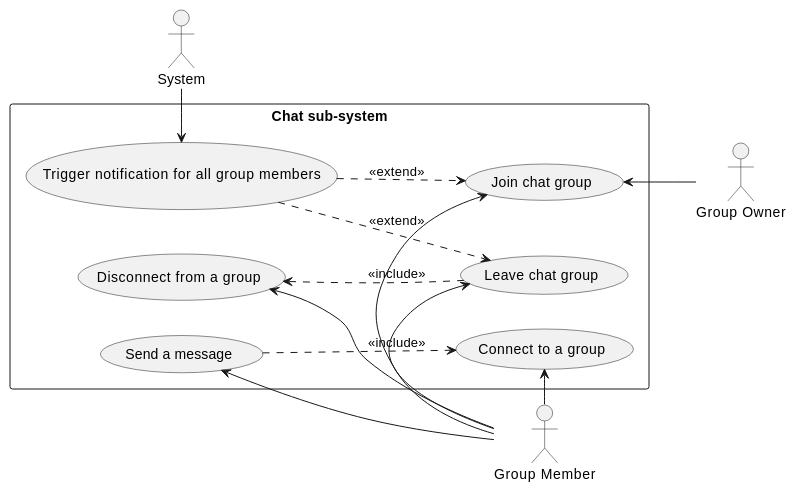
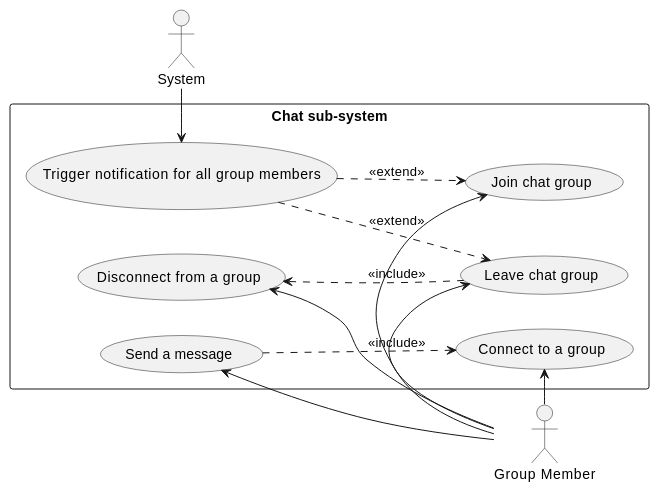
The third of 3 diagrams in content/docs/2-domain-analysis/2-business-requirements.md (position-pal/Documentation), drawn with PlantUML before and after one commit. The commit also changed other lines of this file and 6 other files, not shown here.

````diff
--- a/content/docs/2-domain-analysis/2-business-requirements.md
+++ b/content/docs/2-domain-analysis/2-business-requirements.md
@@ -357,39 +351,37 @@
 ```plantuml
 @startuml chat-use-cases
 left to right direction
 
 actor "Group Member" as User
-actor "Group Owner" as Admin
 actor "System" as System
 
 rectangle "Chat sub-system" {
     usecase "Join chat group" as UC1
     usecase "Leave chat group" as UC2
     usecase "Send a message" as UC3
     usecase "Connect to a group" as UC4
     usecase "Disconnect from a group" as UC5
 
     usecase "Trigger notification for all group members" as UC6
 
 }
 
 User -down-> UC1
-Admin -up-> UC1
 UC6 ..> UC1 : <<extend>>
 
 User -up-> UC2
 UC6 ..> UC2 : <<extend>>
 
 User -up-> UC3
 UC3 ..> UC4 : <<include>>
 
 User -left-> UC4
 
 User -up-> UC5
 UC5 <.. UC2 : <<include>>
 
 
 System -> UC6
 
 @enduml
 ```
````
